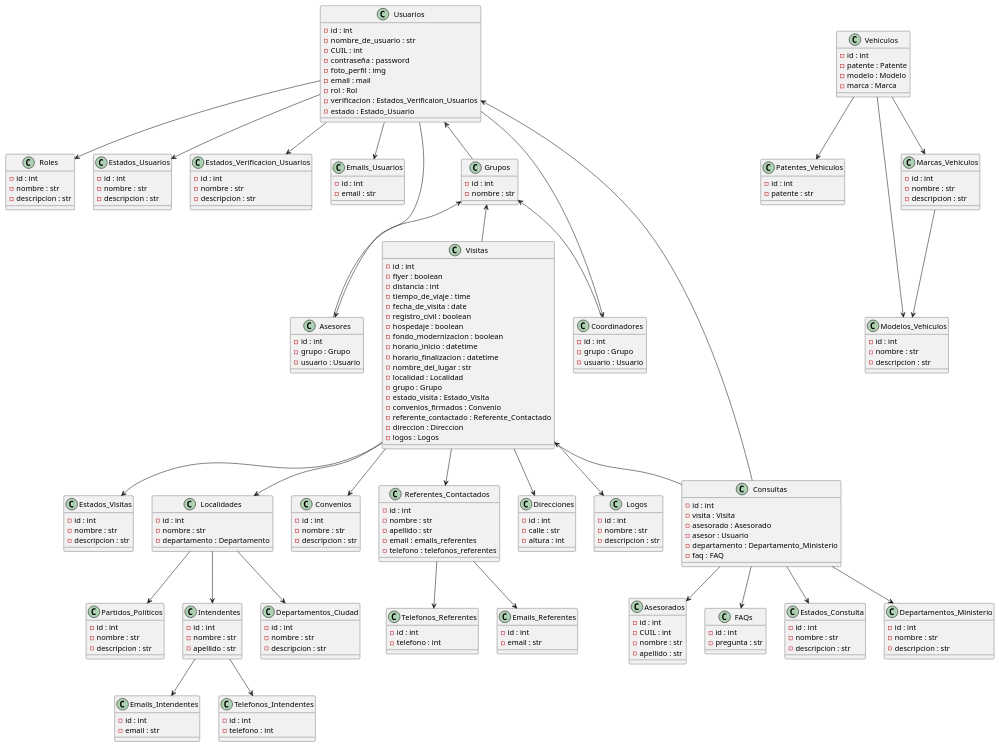
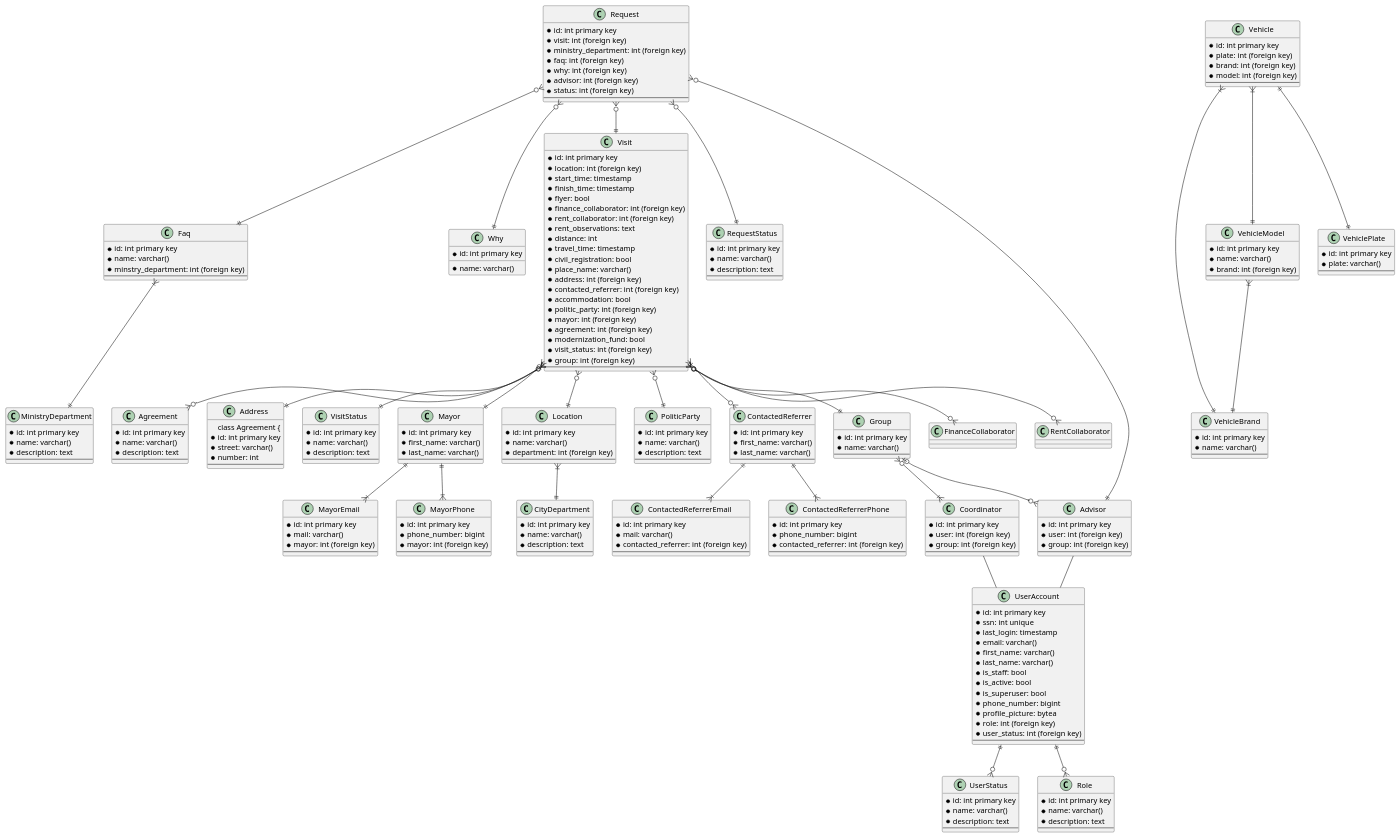
Before and after one commit to MateMar04/financiation: the diagram in Database_Source/diagram.wsd, drawn with PlantUML.

Commit message:
New database design

```diff
--- a/Database_Source/diagram.wsd
+++ b/Database_Source/diagram.wsd
@@ -1,245 +1,271 @@
-@startuml Diagram
+@startuml ER
 
-class Usuarios {
-    -id : int
-    -nombre_de_usuario : str
-    -CUIL : int
-    -contraseña : password
-    -foto_perfil : img
-    -email : mail
-    -rol : Rol
-    -verificacion : Estados_Verificaion_Usuarios
-    -estado : Estado_Usuario
+class Agreement {
+    * id: int primary key
+    * name: varchar()
+    * description: text
+    --
 }
 
-class Roles {
-    -id : int
-    -nombre : str
-    -descripcion : str
+class CityDepartment {
+    * id: int primary key
+    * name: varchar()
+    * description: text
+    --
 }
 
-class Visitas {
-    -id : int
-    -flyer : boolean
-    -distancia : int
-    -tiempo_de_viaje : time
-    -fecha_de_visita : date
-    -registro_civil : boolean
-    -hospedaje : boolean
-    -fondo_modernizacion : boolean
-    -horario_inicio : datetime
-    -horario_finalizacion : datetime
-    -nombre_del_lugar : str
-    -localidad : Localidad
-    -grupo : Grupo
-    -estado_visita : Estado_Visita
-    -convenios_firmados : Convenio
-    -referente_contactado : Referente_Contactado
-    -direccion : Direccion
-    -logos : Logos
+class MinistryDepartment {
+    * id: int primary key
+    * name: varchar()
+    * description: text
+    --
 }
 
-class Consultas {
-    -id : int
-    -visita : Visita
-    -asesorado : Asesorado
-    -asesor : Usuario
-    -departamento : Departamento_Ministerio
-    -faq : FAQ
+class Address {
+    class Agreement {
+    * id: int primary key
+    * street: varchar()
+    * number: int
+    --
 }
 
-class Intendentes {
-    -id : int
-    -nombre : str
-    -apellido : str
+class UserStatus {
+    * id: int primary key
+    * name: varchar()
+    * description: text
+    --
 }
 
-class Vehiculos {
-    -id : int
-    -patente : Patente
-    -modelo : Modelo
-    -marca : Marca
+class VisitStatus {
+    * id: int primary key
+    * name: varchar()
+    * description: text
+    --
+}
+
+class Faq {
+    * id: int primary key
+    * name: varchar()
+    * minstry_department: int (foreign key)
+    --
+}
+
+class Why {
+    * id: int primary key
+    * name: varchar()
+}
+
+class Mayor {
+    * id: int primary key
+    * first_name: varchar()
+    * last_name: varchar()
+    --
+}
+
+class Location {
+    * id: int primary key
+    * name: varchar()
+    * department: int (foreign key)
+    --
+}
+
+class VehicleBrand {
+    * id: int primary key
+    * name: varchar()
+    --
+}
+
+class VehicleModel {
+    * id: int primary key
+    * name: varchar()
+    * brand: int (foreign key)
+    --
+}
+
+class VehiclePlate {
+    * id: int primary key
+    * plate: varchar()
+    --
+}
+
+class Vehicle {
+    * id: int primary key
+    * plate: int (foreign key)
+    * brand: int (foreign key)
+    * model: int (foreign key)
+    --
+}
+
+class PoliticParty {
+    * id: int primary key
+    * name: varchar()
+    * description: text
+    --
+}
+
+class Role {
+    * id: int primary key
+    * name: varchar()
+    * description: text
+    --
+}
+
+class ContactedReferrer {
+    * id: int primary key
+    * first_name: varchar()
+    * last_name: varchar()
+    --
+}
+
+class UserAccount {
+    * id: int primary key
+    * ssn: int unique
+    * last_login: timestamp
+    * email: varchar()
+    * first_name: varchar()
+    * last_name: varchar()
+    * is_staff: bool
+    * is_active: bool
+    * is_superuser: bool
+    * phone_number: bigint
+    * profile_picture: bytea
+    * role: int (foreign key)
+    * user_status: int (foreign key)
+    --
+}
+
+class Group {
+    * id: int primary key
+    * name: varchar()
+    --
+}
+
+class Visit {
+    * id: int primary key
+    * location: int (foreign key)
+    * start_time: timestamp
+    * finish_time: timestamp
+    * flyer: bool
+    * finance_collaborator: int (foreign key)
+    * rent_collaborator: int (foreign key)
+    * rent_observations: text
+    * distance: int
+    * travel_time: timestamp
+    * civil_registration: bool
+    * place_name: varchar()
+    * address: int (foreign key)
+    * contacted_referrer: int (foreign key)
+    * accommodation: bool
+    * politic_party: int (foreign key)
+    * mayor: int (foreign key)
+    * agreement: int (foreign key)
+    * modernization_fund: bool
+    * visit_status: int (foreign key)
+    * group: int (foreign key)
+    --
+}
+
+class RequestStatus {
+    * id: int primary key
+    * name: varchar()
+    * description: text
+    --
+}
+
+class Coordinator {
+    * id: int primary key
+    * user: int (foreign key)
+    * group: int (foreign key)
+    --
+}
+
+class Advisor {
+    * id: int primary key
+    * user: int (foreign key)
+    * group: int (foreign key)
+    --
+}
+
+class Request {
+    * id: int primary key
+    * visit: int (foreign key)
+    * ministry_department: int (foreign key)
+    * faq: int (foreign key)
+    * why: int (foreign key)
+    * advisor: int (foreign key)
+    * status: int (foreign key)
+    --
+}
+
+class ContactedReferrerEmail {
+    * id: int primary key
+    * mail: varchar()
+    * contacted_referrer: int (foreign key)
+    --
+}
+
+class ContactedReferrerPhone {
+    * id: int primary key
+    * phone_number: bigint
+    * contacted_referrer: int (foreign key)
+    --
+}
+
+class MayorEmail {
+    * id: int primary key
+    * mail: varchar()
+    * mayor: int (foreign key)
+    --
+}
+
+class MayorPhone {
+    * id: int primary key
+    * phone_number: bigint
+    * mayor: int (foreign key)
+    --
 }
 
 
-class Estados_Usuarios {
-    -id : int
-    -nombre : str
-    -descripcion : str
-}
 
-class Estados_Verificacion_Usuarios {
-    -id : int
-    -nombre : str
-    -descripcion : str
-}
+UserAccount ||--o{ UserStatus
+UserAccount ||--o{ Role
 
-class Estados_Visitas {
-    -id : int
-    -nombre : str
-    -descripcion : str
-}
+Location }|--|| CityDepartment
 
-class Localidades {
-    -id : int
-    -nombre : str
-    -departamento : Departamento
-}
+Advisor -- UserAccount
+Coordinator -- UserAccount
 
-class Departamentos_Ministerio {
-    -id : int
-    -nombre : str
-    -descripcion : str
-}
+Group |o--o{ Advisor
+Group }o--|{ Coordinator
 
-class Departamentos_Ciudad {
-    -id : int
-    -nombre : str
-    -descripcion : str
-}
+Visit }o--|| Location
+Visit }o--o{ FinanceCollaborator
+Visit }o--o{ RentCollaborator
+Visit }|--|| Address
+Visit }|--o{ ContactedReferrer
+Visit }o--|| PoliticParty 
+Visit }o--|| Mayor
+Visit }o--|| VisitStatus
+Visit }o--|| Group
+Visit }o--o{ Agreement
 
-class Partidos_Politicos {
-    -id : int
-    -nombre : str
-    -descripcion : str
-}
+Request }o--|| Visit
+Request }o--|| Faq
+Request }o--|| Why
+Request }o--|| Advisor
+Request }o--|| RequestStatus
 
-class Convenios {
-    -id : int
-    -nombre : str
-    -descripcion : str
-}
+Faq }|--|| MinistryDepartment
 
-class Referentes_Contactados {
-    -id : int
-    -nombre : str
-    -apellido : str
-    -email : emails_referentes
-    -telefono : telefonos_referentes
-}
+Vehicle }|--|| VehicleBrand
+Vehicle }|--|| VehicleModel
+Vehicle ||--|| VehiclePlate
+VehicleModel }|--|| VehicleBrand
 
-class Direcciones {
-    -id : int
-    -calle : str
-    -altura : int
-}
+Mayor ||--|{ MayorEmail
+Mayor ||--|{ MayorPhone
 
-class Logos {
-    -id : int
-    -nombre : str
-    -descripcion : str
-}
-
-class Asesorados {
-    -id : int
-    -CUIL : int
-    -nombre : str
-    -apellido : str
-}
-
-class FAQs {
-    -id : int
-    -pregunta : str
-}
-
-class Patentes_Vehiculos {
-    -id : int
-    -patente : str
-}
-
-class Modelos_Vehiculos {
-    -id : int
-    -nombre : str
-    -descripcion : str
-}
-
-class Marcas_Vehiculos {
-    -id : int
-    -nombre : str
-    -descripcion : str
-}
-
-class Emails_Usuarios {
-    -id : int
-    -email : str
-}
-
-class Emails_Referentes {
-    -id : int
-    -email : str
-}
-
-class Telefonos_Referentes {
-    -id : int
-    -telefono : int
-}
-
-class Grupos {
-    -id : int
-    -nombre : str
-}
-
-
-class Asesores {
-    -id : int
-    -grupo : Grupo
-    -usuario : Usuario
-}
-
-class Coordinadores {
-    -id : int
-    -grupo : Grupo
-    -usuario : Usuario
-}
-
-class Emails_Intendentes {
-    -id : int
-    -email : str
-}
-
-class Telefonos_Intendentes {
-    -id : int
-    -telefono : int
-}
-
-class Estados_Constulta {
-    -id : int
-    -nombre : str
-    -descripcion : str
-}
-
-Usuarios --> Roles
-Usuarios <-- Grupos
-Usuarios --> Estados_Usuarios
-Usuarios --> Estados_Verificacion_Usuarios
-Usuarios --> Emails_Usuarios
-Grupos <-- Visitas
-Visitas <-- Consultas
-Visitas --> Localidades
-Visitas --> Estados_Visitas
-Visitas --> Referentes_Contactados
-Visitas --> Convenios
-Visitas --> Direcciones
-Visitas --> Logos
-Localidades --> Departamentos_Ciudad
-Localidades --> Partidos_Politicos
-Localidades --> Intendentes
-Consultas --> FAQs
-Consultas --> Usuarios
-Consultas --> Asesorados
-Consultas --> Departamentos_Ministerio
-Referentes_Contactados --> Emails_Referentes
-Referentes_Contactados --> Telefonos_Referentes
-Vehiculos --> Patentes_Vehiculos
-Vehiculos --> Marcas_Vehiculos
-Vehiculos --> Modelos_Vehiculos
-Marcas_Vehiculos --> Modelos_Vehiculos
-Usuarios --> Coordinadores
-Grupos <-- Coordinadores
-Usuarios --> Asesores
-Grupos <-- Asesores
-Intendentes --> Telefonos_Intendentes
-Intendentes --> Emails_Intendentes
-Consultas --> Estados_Constulta
+ContactedReferrer ||--|{ ContactedReferrerEmail
+ContactedReferrer ||--|{ ContactedReferrerPhone
 
 @enduml
```
